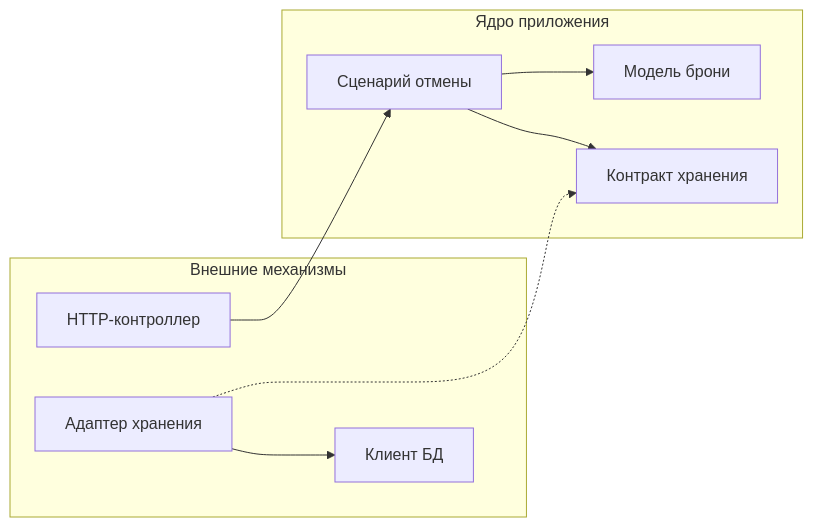
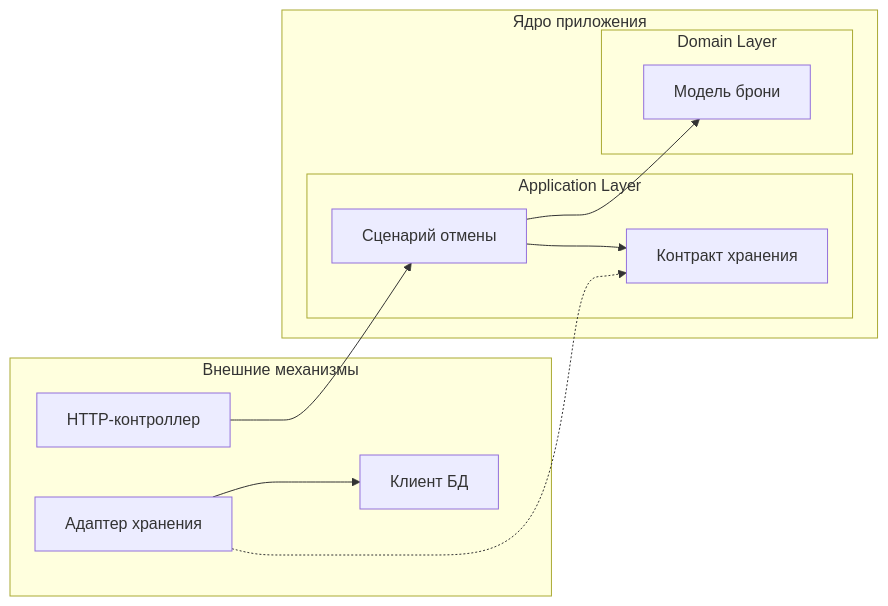
Before and after one commit to brahmic/ddd: the diagram in architecture/README.md, drawn with Mermaid. The commit also changed other lines of this file, not shown here.

Commit message:
docs: distill architecture principles and boundary relationships

````diff
--- a/architecture/README.md
+++ b/architecture/README.md
@@ -38,18 +86,22 @@
 ```mermaid
 flowchart LR
     subgraph outer[Внешние механизмы]
         HTTP[HTTP-контроллер]
         Adapter[Адаптер хранения]
         Client[Клиент БД]
     end
     subgraph core[Ядро приложения]
-        UseCase[Сценарий отмены]
-        Port[Контракт хранения]
-        Booking[Модель брони]
+        subgraph application[Application Layer]
+            UseCase[Сценарий отмены]
+            Port[Контракт хранения]
+        end
+        subgraph domain[Domain Layer]
+            Booking[Модель брони]
+        end
     end
     HTTP --> UseCase
     UseCase --> Booking
     UseCase --> Port
     Adapter -.-> Port
     Adapter --> Client
 ```
````
